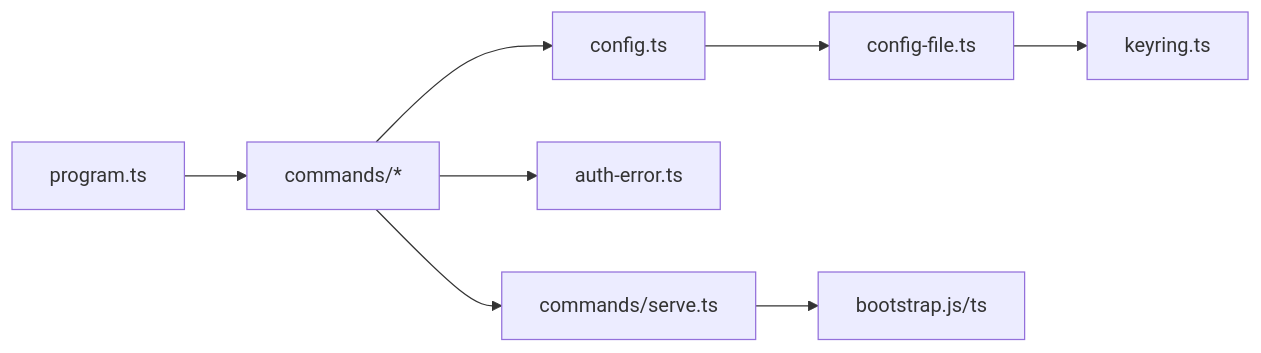
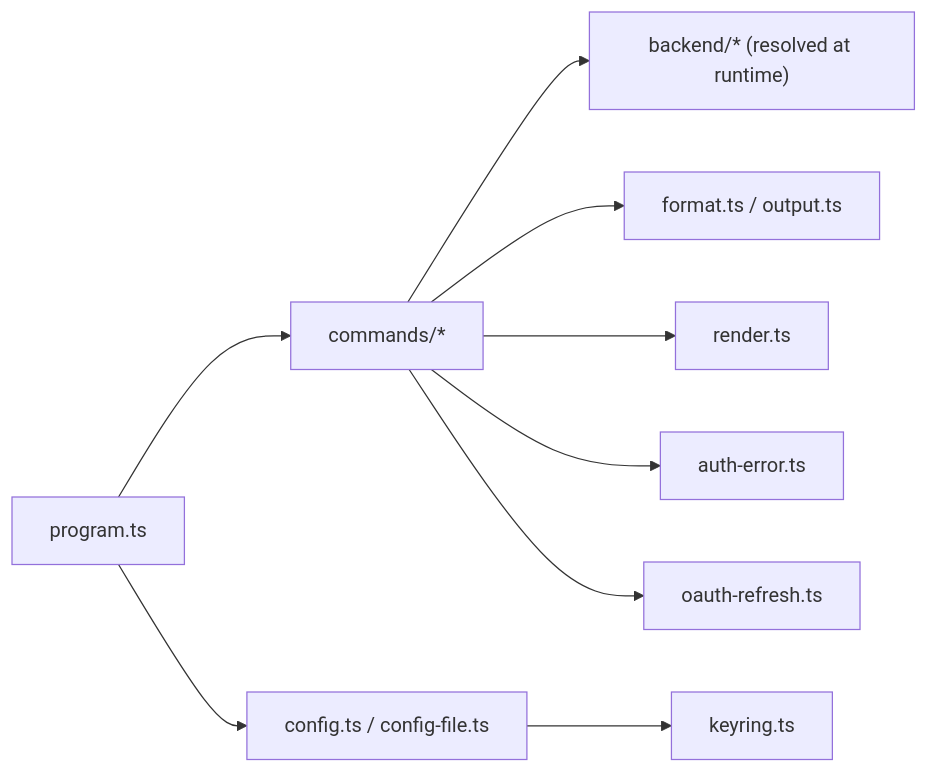
One commit to SquadRules/mcp changed the fifth of 5 diagrams in .qoder/repowiki/en/content/CLI Interface.md. Above: the diagram before and after it, drawn with Mermaid. The commit also changed other lines of this file and 602 other files, not shown here.

````diff
--- a/.qoder/repowiki/en/content/CLI Interface.md
+++ b/.qoder/repowiki/en/content/CLI Interface.md
@@ -462,10 +423,11 @@
 ```mermaid
 graph LR
 Program["program.ts"] --> Commands["commands/*"]
-Commands --> Config["config.ts"]
-Config --> ConfigFile["config-file.ts"]
-ConfigFile --> Keyring["keyring.ts"]
-Commands --> AuthError["auth-error.ts"]
-Commands --> Serve["commands/serve.ts"]
-Serve --> Bootstrap["bootstrap.js/ts"]
+Commands --> Backend["backend/* (resolved at runtime)"]
+Commands --> Format["format.ts / output.ts"]
+Commands --> Render["render.ts"]
+Commands --> AuthErr["auth-error.ts"]
+Program --> Config["config.ts / config-file.ts"]
+Config --> Keyring["keyring.ts"]
+Commands --> OAuth["oauth-refresh.ts"]
 ```
````
